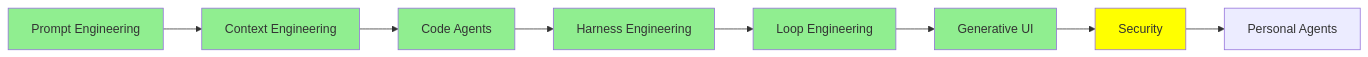
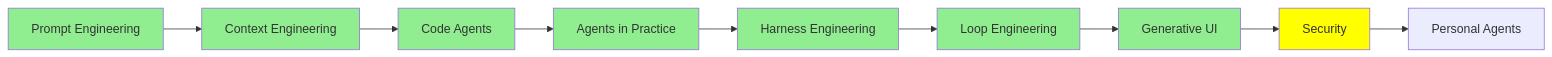
Before and after one commit to lokumai/ai-engineering-bazaar: the second of 2 diagrams in mini-courses/2_intermediate/security.md, drawn with Mermaid. The commit also changed 51 other files, not shown here.

Commit message:
M68: Agents in Practice for engineers and the first For Everyone module, Claude Duet in Personal Agents, inline logos; M67 review fixes

````diff
--- a/mini-courses/2_intermediate/security.md
+++ b/mini-courses/2_intermediate/security.md
@@ -149,17 +149,19 @@
 ```mermaid
 graph LR
     A[Prompt Engineering] --> B[Context Engineering]
     B --> C[Code Agents]
-    C --> D[Harness Engineering]
-    D --> E[Loop Engineering]
-    E --> F[Generative UI]
-    F --> G[Security]
-    G --> H[Personal Agents]
+    C --> D[Agents in Practice]
+    D --> E[Harness Engineering]
+    E --> F[Loop Engineering]
+    F --> G[Generative UI]
+    G --> H[Security]
+    H --> I[Personal Agents]
     style A fill:#90EE90
     style B fill:#90EE90
     style C fill:#90EE90
     style D fill:#90EE90
     style E fill:#90EE90
     style F fill:#90EE90
-    style G fill:#FFFF00
+    style G fill:#90EE90
+    style H fill:#FFFF00
 ```
````
